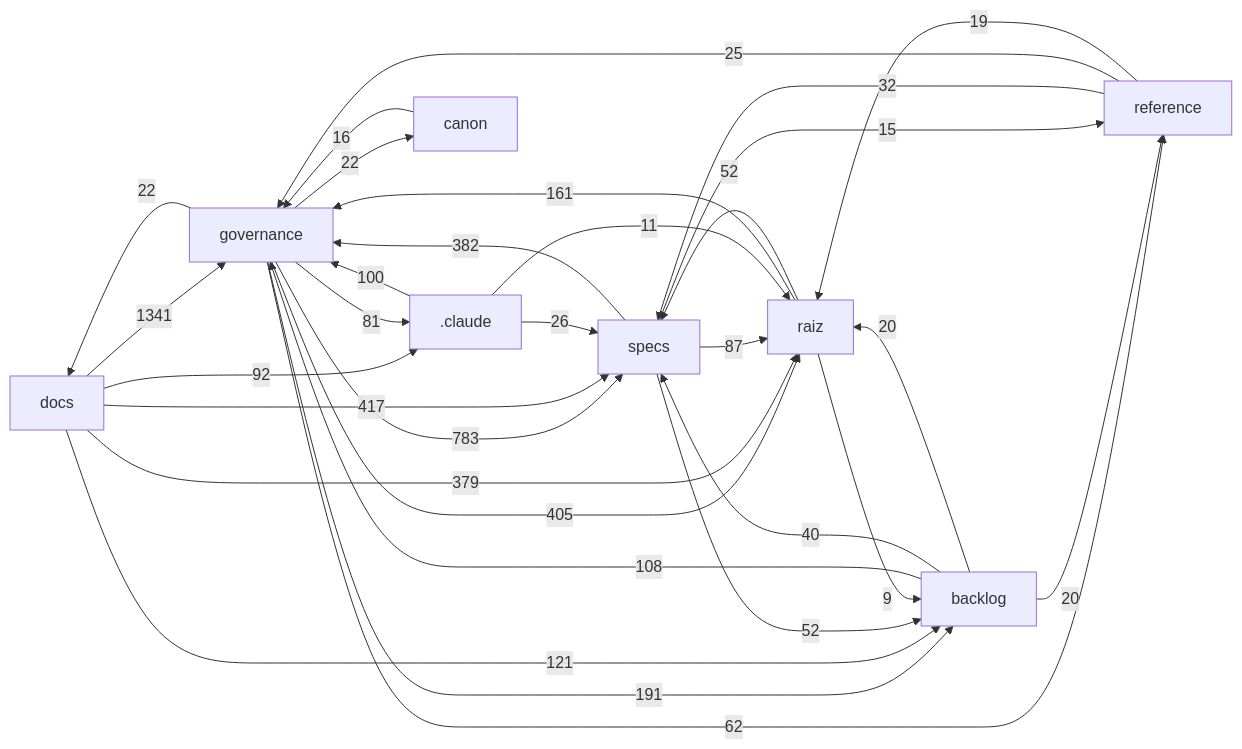
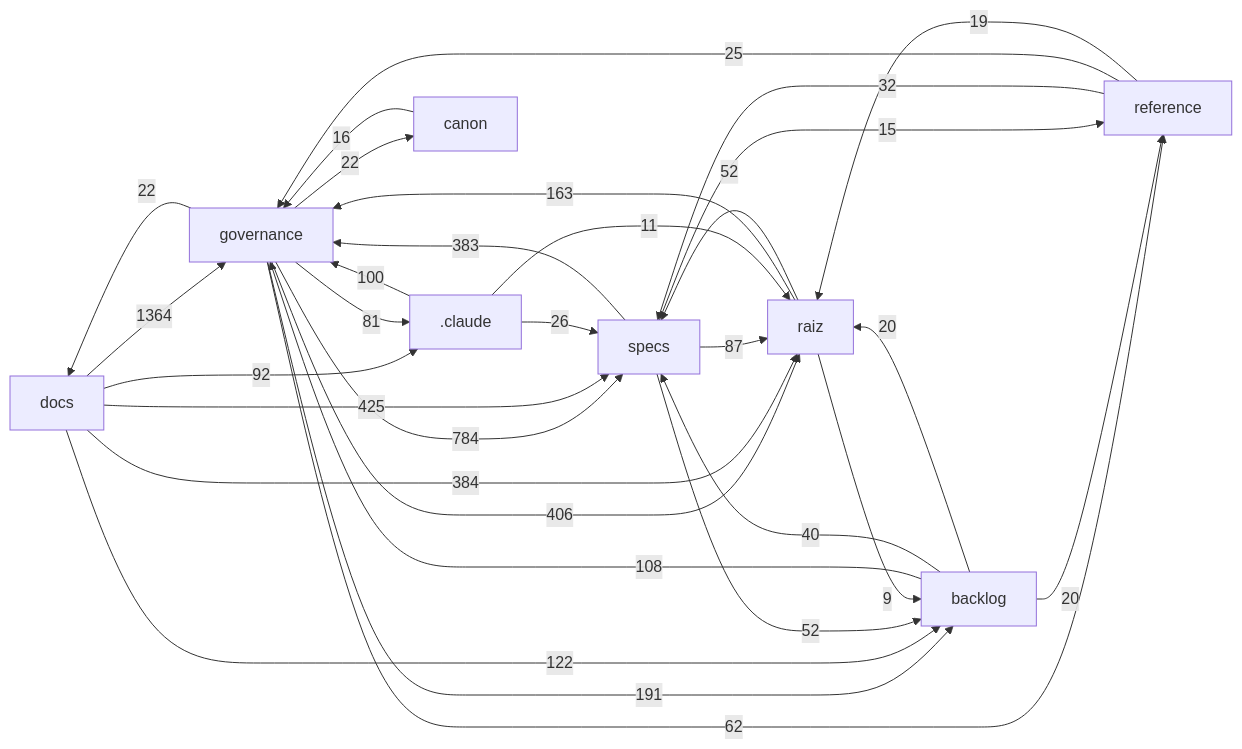
One commit to Andraus35/Sistema-Operacional-de-Trading--SOT changed the diagram in docs/mapa/MAPA-PROJETO.md. Above: the diagram before and after it, drawn with Mermaid. The commit also changed other lines of this file and 12 other files, not shown here.

````diff
--- a/docs/mapa/MAPA-PROJETO.md
+++ b/docs/mapa/MAPA-PROJETO.md
@@ -29,33 +29,33 @@
 ```mermaid
 flowchart LR
-  docs["docs"] -->|1341| governance["governance"]
-  governance["governance"] -->|783| specs["specs"]
-  docs["docs"] -->|417| specs["specs"]
-  governance["governance"] -->|405| raiz["raiz"]
-  specs["specs"] -->|382| governance["governance"]
-  docs["docs"] -->|379| raiz["raiz"]
+  docs["docs"] -->|1364| governance["governance"]
+  governance["governance"] -->|784| specs["specs"]
+  docs["docs"] -->|425| specs["specs"]
+  governance["governance"] -->|406| raiz["raiz"]
+  docs["docs"] -->|384| raiz["raiz"]
+  specs["specs"] -->|383| governance["governance"]
   governance["governance"] -->|191| backlog["backlog"]
-  raiz["raiz"] -->|161| governance["governance"]
-  docs["docs"] -->|121| backlog["backlog"]
+  raiz["raiz"] -->|163| governance["governance"]
+  docs["docs"] -->|122| backlog["backlog"]
   backlog["backlog"] -->|108| governance["governance"]
   _claude[".claude"] -->|100| governance["governance"]
   docs["docs"] -->|92| _claude[".claude"]
   specs["specs"] -->|87| raiz["raiz"]
   governance["governance"] -->|81| _claude[".claude"]
   governance["governance"] -->|62| reference["reference"]
   raiz["raiz"] -->|52| specs["specs"]
   specs["specs"] -->|52| backlog["backlog"]
   backlog["backlog"] -->|40| specs["specs"]
   reference["reference"] -->|32| specs["specs"]
   _claude[".claude"] -->|26| specs["specs"]
   reference["reference"] -->|25| governance["governance"]
   governance["governance"] -->|22| docs["docs"]
   governance["governance"] -->|22| canon["canon"]
   backlog["backlog"] -->|20| raiz["raiz"]
   backlog["backlog"] -->|20| reference["reference"]
   reference["reference"] -->|19| raiz["raiz"]
   canon["canon"] -->|16| governance["governance"]
   specs["specs"] -->|15| reference["reference"]
   _claude[".claude"] -->|11| raiz["raiz"]
   raiz["raiz"] -->|9| backlog["backlog"]
 ```
````
